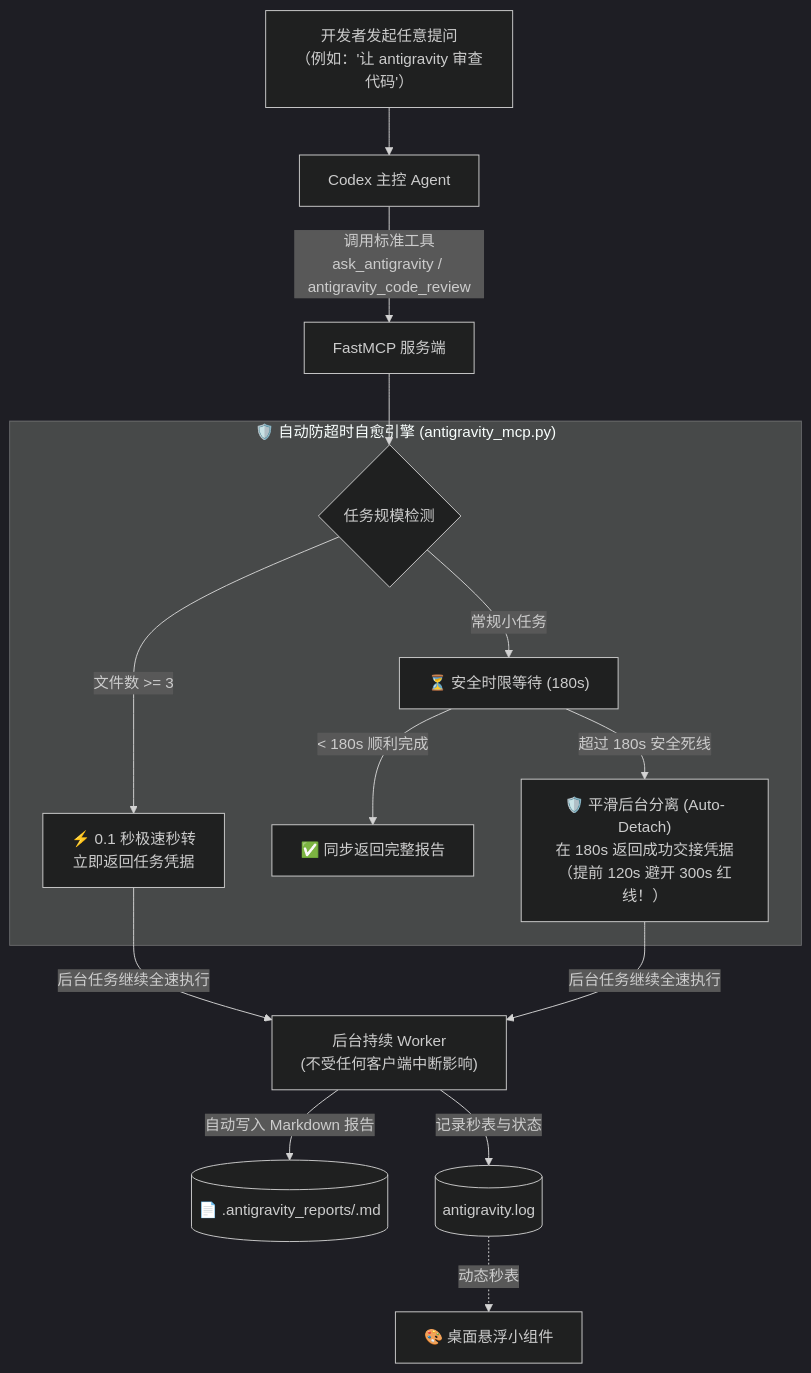
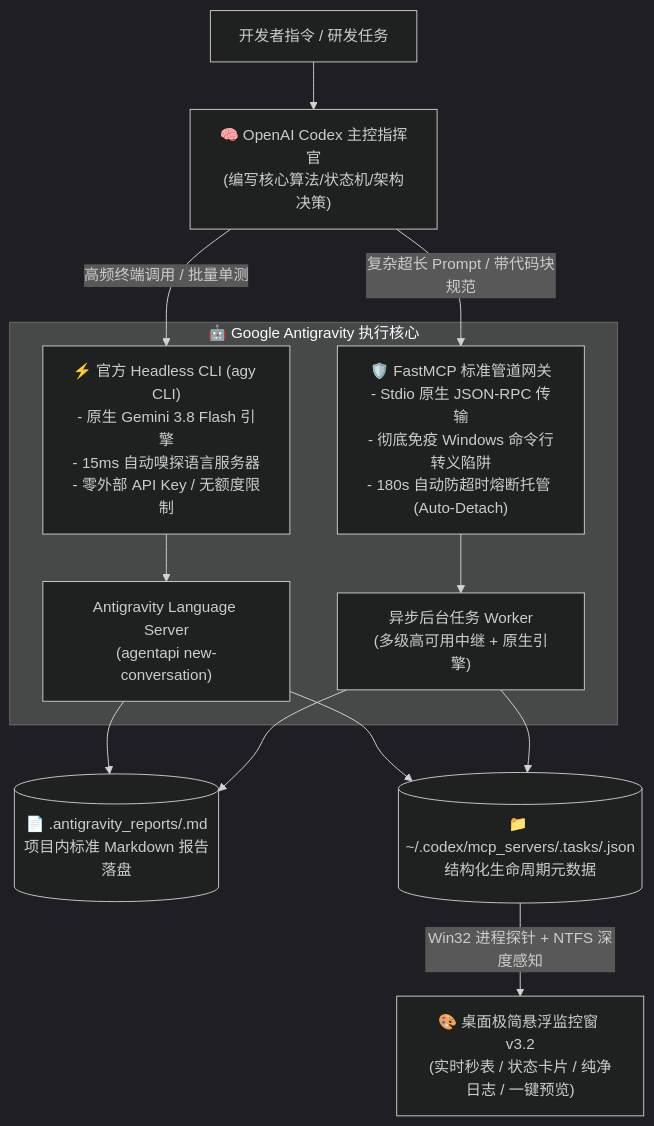
Before and after one commit to WJAnnie/codex-antigravity-bridge: the diagram in README.md, drawn with Mermaid (dark theme). The commit also changed other lines of this file and 1 other file, not shown here.

Commit message:
docs: overhaul README with dual-channel architecture, core-first policy, and widget v3.2 enhancements

````diff
--- a/README.md
+++ b/README.md
@@ -34,20 +38,17 @@
 ```mermaid
 flowchart TD
-    User["开发者发起任意提问\n（例如：'让 antigravity 审查代码'）"] --> Codex["Codex 主控 Agent"]
-    Codex -->|调用标准工具\nask_antigravity / antigravity_code_review| MCP["FastMCP 服务端"]
+    User["开发者指令 / 研发任务"] --> Codex["🧠 OpenAI Codex 主控指挥官\n(编写核心算法/状态机/架构决策)"]
+    
+    Codex -->|高频终端调用 / 批量单测| CLI["⚡ 官方 Headless CLI (agy CLI)\n- 原生 Gemini 3.8 Flash 引擎\n- 15ms 自动嗅探语言服务器\n- 零外部 API Key / 无额度限制"]
+    Codex -->|复杂超长 Prompt / 带代码块规范| MCP["🛡️ FastMCP 标准管道网关\n- Stdio 原生 JSON-RPC 传输\n- 彻底免疫 Windows 命令行转义陷阱\n- 180s 自动防超时熔断托管 (Auto-Detach)"]
 
-    subgraph Defense ["🛡️ 自动防超时自愈引擎 (antigravity_mcp.py)"]
-        Decision{"任务规模检测"}
-        Decision -->|文件数 >= 3| Early["⚡ 0.1 秒极速秒转\n立即返回任务凭据"]
-        Decision -->|常规小任务| Hybrid["⏳ 安全时限等待 (180s)"]
-        
-        Hybrid -->|< 180s 顺利完成| Direct["✅ 同步返回完整报告"]
-        Hybrid -->|超过 180s 安全死线| Detach["🛡️ 平滑后台分离 (Auto-Detach)\n在 180s 返回成功交接凭据\n（提前 120s 避开 300s 红线！）"]
+    subgraph Core ["🤖 Google Antigravity 执行核心"]
+        CLI --> Native["Antigravity Language Server\n(agentapi new-conversation)"]
+        MCP --> CoreWorker["异步后台任务 Worker\n(多级高可用中继 + 原生引擎)"]
     end
 
-    MCP --> Decision
-    Early & Detach -->|后台任务继续全速执行| Worker["后台持续 Worker\n(不受任何客户端中断影响)"]
-    Worker -->|自动写入 Markdown 报告| Report[("📄 .antigravity_reports/<task_id>.md")]
-    Worker -->|记录秒表与状态| Log[("antigravity.log")]
-    Log -.->|动态秒表| Widget["🎨 桌面悬浮小组件"]
+    Native & CoreWorker --> Result[("📄 .antigravity_reports/<task_id>.md\n项目内标准 Markdown 报告落盘")]
+    Native & CoreWorker --> Tasks[("📁 ~/.codex/mcp_servers/.tasks/<id>.json\n结构化生命周期元数据")]
+
+    Tasks -->|Win32 进程探针 + NTFS 深度感知| Widget["🎨 桌面极简悬浮监控窗 v3.2\n(实时秒表 / 状态卡片 / 纯净日志 / 一键预览)"]
 ```
````
